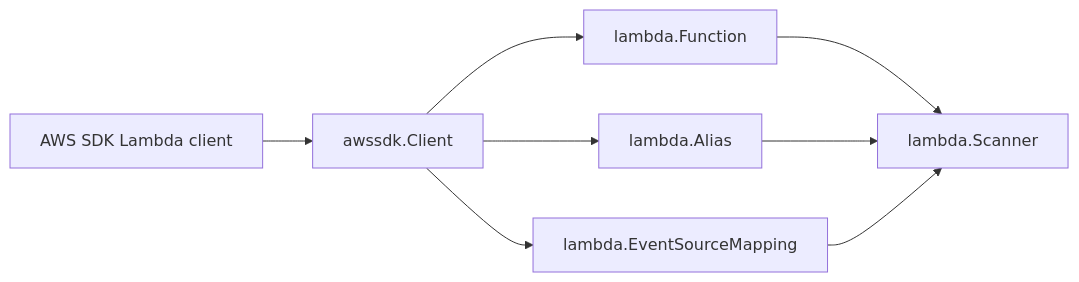
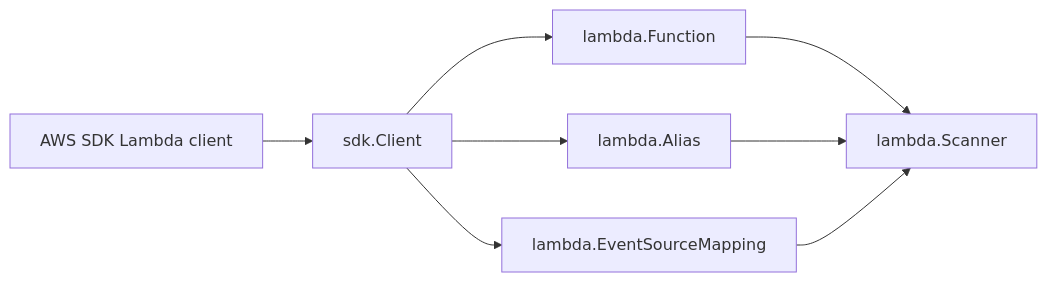
The diagram in go/internal/collector/cloud/aws/service/lambda/sdk/README.md (eshu-hq/eshu), drawn with Mermaid before and after one commit. The commit also changed other lines of this file and 2862 other files, not shown here.

````diff
--- a/go/internal/collector/cloud/aws/service/lambda/sdk/README.md
+++ b/go/internal/collector/cloud/aws/service/lambda/sdk/README.md
@@ -17,10 +17,10 @@
 ```mermaid
 flowchart LR
-  A["AWS SDK Lambda client"] --> B["awssdk.Client"]
+  A["AWS SDK Lambda client"] --> B["sdk.Client"]
   B --> C["lambda.Function"]
   B --> D["lambda.Alias"]
   B --> E["lambda.EventSourceMapping"]
   C --> F["lambda.Scanner"]
   D --> F
   E --> F
 ```
````
